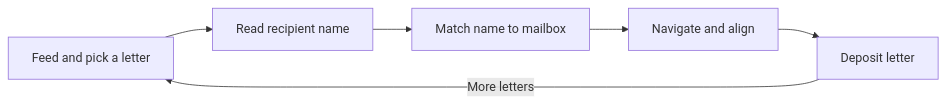
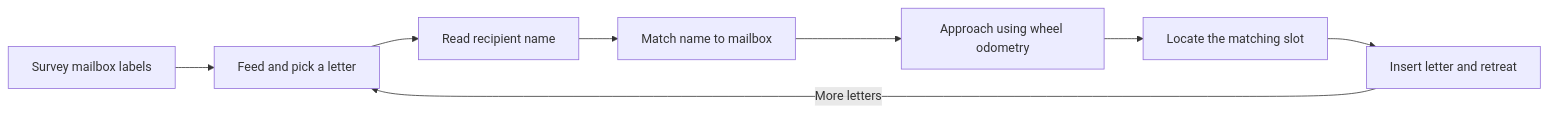
Before and after one commit to EliasP-MT/Sisyphus-: the diagram in README.md, drawn with Mermaid. The commit also changed other lines of this file and 112 other files, not shown here.

```diff
--- a/README.md
+++ b/README.md
@@ -22,8 +22,10 @@
 ~~~mermaid
 flowchart LR
-    Stack["Feed and pick a letter"] --> OCR["Read recipient name"]
+    Survey["Survey mailbox labels"] --> Stack["Feed and pick a letter"]
+    Stack --> OCR["Read recipient name"]
     OCR --> Match["Match name to mailbox"]
-    Match --> Drive["Navigate and align"]
-    Drive --> Deliver["Deposit letter"]
+    Match --> Drive["Approach using wheel odometry"]
+    Drive --> Locate["Locate the matching slot"]
+    Locate --> Deliver["Insert letter and retreat"]
     Deliver -->|More letters| Stack
 ~~~
```
